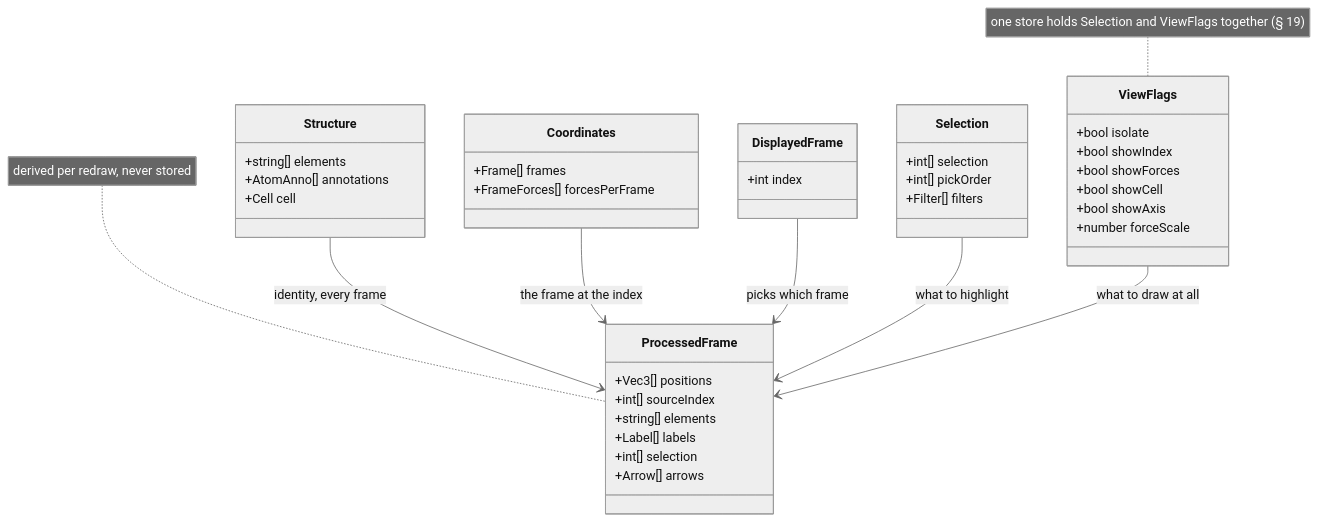
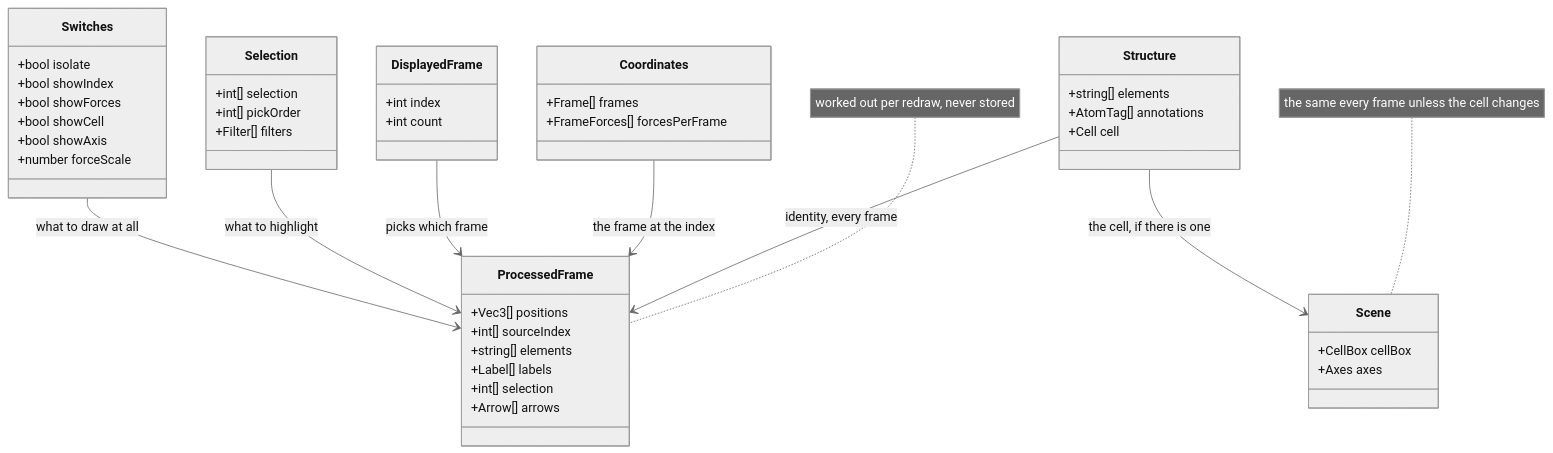
The second of 5 diagrams in docs/web/molview.md (Qing-LAB/molbuilder), drawn with Mermaid (neutral theme) before and after one commit. The commit also changed other lines of this file, not shown here.

````diff
--- a/docs/web/molview.md
+++ b/docs/web/molview.md
@@ -490,43 +347,49 @@
 ```mermaid
 classDiagram
     class Structure {
       +string[] elements
-      +AtomAnno[] annotations
+      +AtomTag[] annotations
       +Cell cell
     }
     class Coordinates {
       +Frame[] frames
       +FrameForces[] forcesPerFrame
     }
     class DisplayedFrame {
       +int index
+      +int count
     }
     class Selection {
       +int[] selection
       +int[] pickOrder
       +Filter[] filters
     }
-    class ViewFlags {
+    class Switches {
       +bool isolate
       +bool showIndex
       +bool showForces
       +bool showCell
       +bool showAxis
       +number forceScale
     }
     class ProcessedFrame {
       +Vec3[] positions
       +int[] sourceIndex
       +string[] elements
       +Label[] labels
       +int[] selection
       +Arrow[] arrows
     }
+    class Scene {
+      +CellBox cellBox
+      +Axes axes
+    }
     Structure --> ProcessedFrame : identity, every frame
     Coordinates --> ProcessedFrame : the frame at the index
     DisplayedFrame --> ProcessedFrame : picks which frame
     Selection --> ProcessedFrame : what to highlight
-    ViewFlags --> ProcessedFrame : what to draw at all
-    note for ProcessedFrame "derived per redraw, never stored"
-    note for ViewFlags "one store holds Selection and ViewFlags together (§ 19)"
+    Switches --> ProcessedFrame : what to draw at all
+    Structure --> Scene : the cell, if there is one
+    note for ProcessedFrame "worked out per redraw, never stored"
+    note for Scene "the same every frame unless the cell changes"
 ```
````
